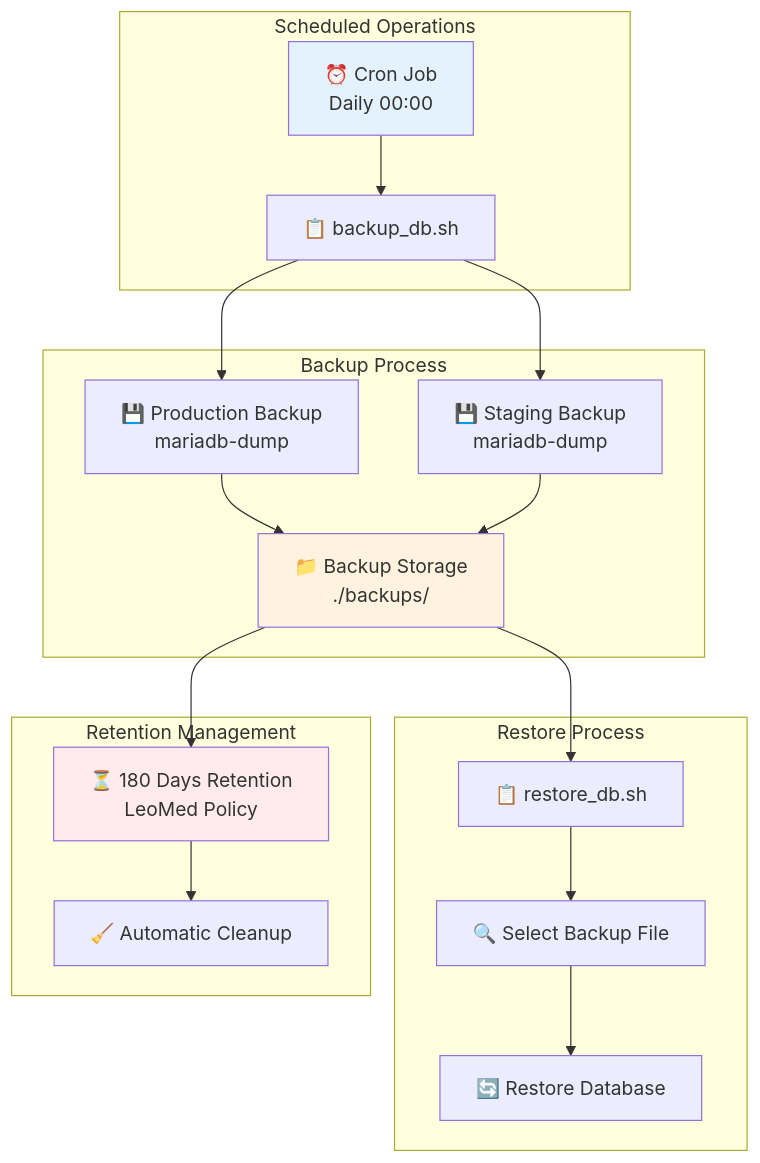
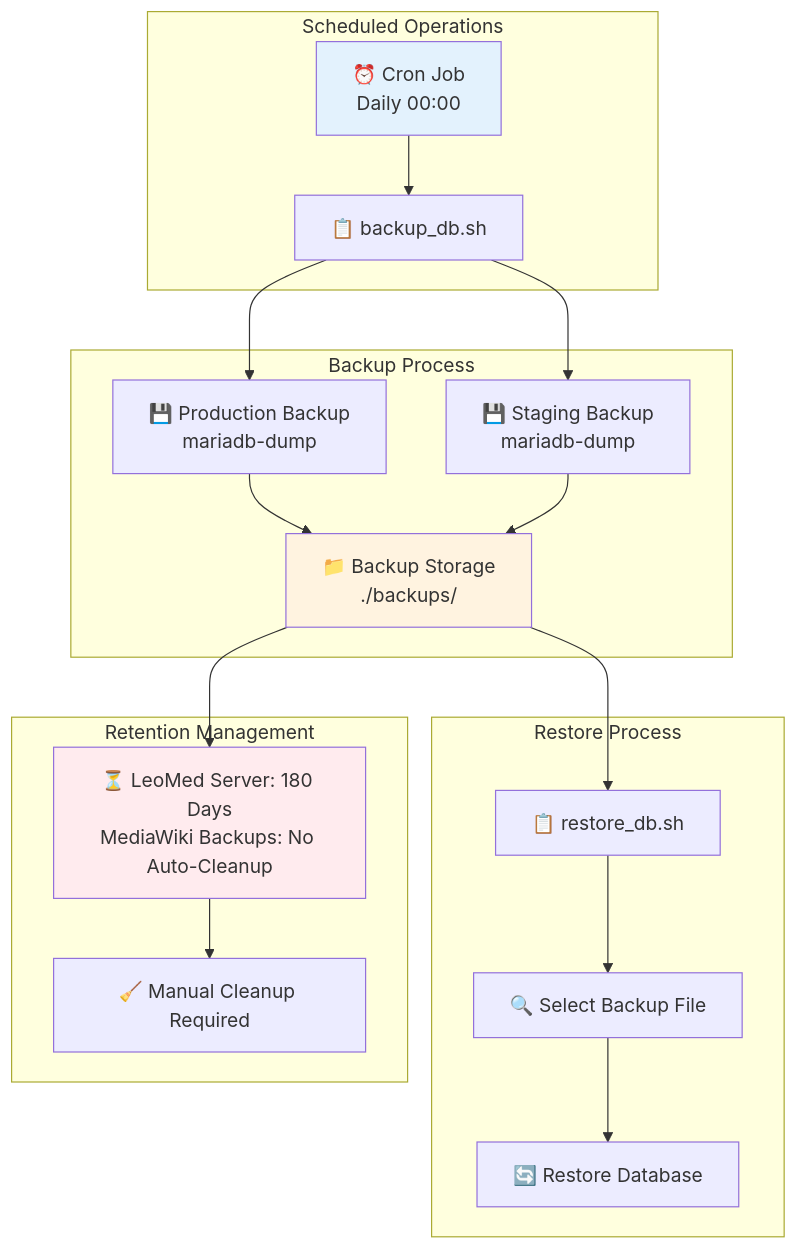
The sixth of 11 diagrams in src/DEPLOYMENT.qmd (maehr/Sexueller-Missbrauch-im-Umfeld-der-katholischen-Kirche-in-der-Schweiz), drawn with Mermaid before and after one commit. The commit also changed other lines of this file and 10 other files, not shown here.

Commit message:
docs: Add a detailed development timeline and refactor the evolution document to reference dedicated configuration and deployment files.

````diff
--- a/src/DEPLOYMENT.qmd
+++ b/src/DEPLOYMENT.qmd
@@ -330,42 +330,42 @@
 ```{mermaid}
 flowchart TD
     subgraph "Scheduled Operations"
         CronJob[⏰ Cron Job<br/>Daily 00:00]
         BackupScript[📋 backup_db.sh]
     end
 
     subgraph "Backup Process"
         ProdBackup[💾 Production Backup<br/>mariadb-dump]
         StagingBackup[💾 Staging Backup<br/>mariadb-dump]
         BackupStorage[📁 Backup Storage<br/>./backups/]
     end
 
     subgraph "Restore Process"
         RestoreScript[📋 restore_db.sh]
         SelectBackup[🔍 Select Backup File]
         RestoreDB[🔄 Restore Database]
     end
 
     subgraph "Retention Management"
-        RetentionPolicy[⏳ 180 Days Retention<br/>LeoMed Policy]
-        AutoCleanup[🧹 Automatic Cleanup]
+        RetentionPolicy[⏳ LeoMed Server: 180 Days<br/>MediaWiki Backups: No Auto-Cleanup]
+        ManualCleanup[🧹 Manual Cleanup Required]
     end
 
     CronJob --> BackupScript
     BackupScript --> ProdBackup
     BackupScript --> StagingBackup
 
     ProdBackup --> BackupStorage
     StagingBackup --> BackupStorage
 
     BackupStorage --> RestoreScript
     RestoreScript --> SelectBackup
     SelectBackup --> RestoreDB
 
     BackupStorage --> RetentionPolicy
-    RetentionPolicy --> AutoCleanup
+    RetentionPolicy --> ManualCleanup
 
     style CronJob fill:#e3f2fd
     style BackupStorage fill:#fff3e0
     style RetentionPolicy fill:#ffebee
 ```
````
